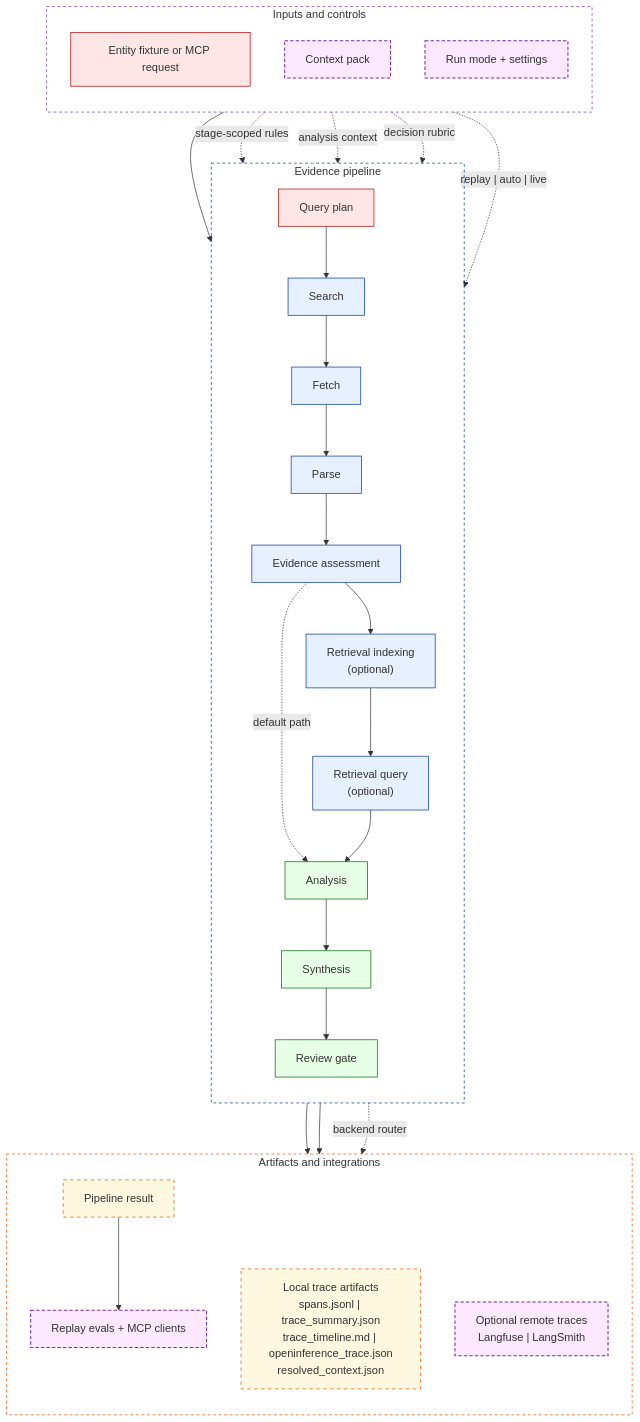
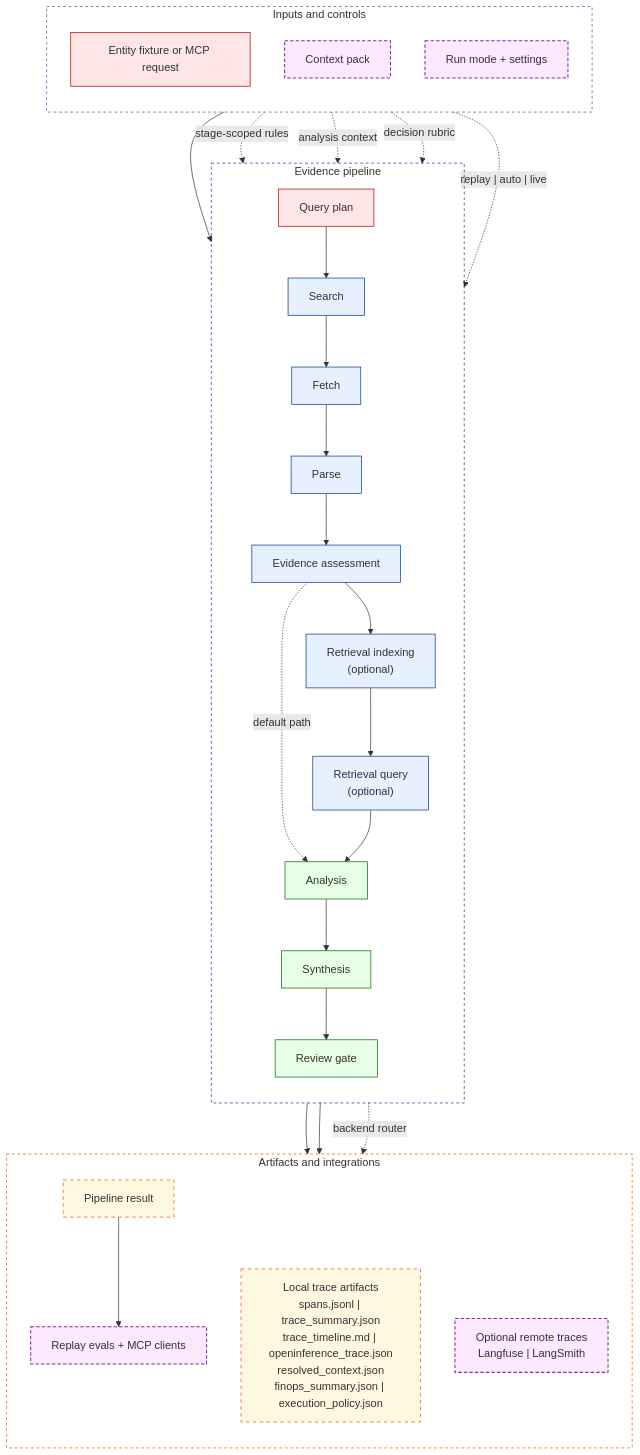
The diagram in README.md (tinnlo/evidence-enrichment-engine), drawn with Mermaid before and after one commit. The commit also changed other lines of this file and 1 other file, not shown here.

````diff
--- a/README.md
+++ b/README.md
@@ -20,56 +20,56 @@
 ```mermaid
 graph TD
 
 subgraph INPUTS["Inputs and controls"]
   direction TB
   E["Entity fixture or MCP request"]:::bronze
   C["Context pack"]:::external
   M["Run mode + settings"]:::external
 end
 
 subgraph PIPE["Evidence pipeline"]
   direction TB
   QP["Query plan"]:::bronze
   S["Search"]:::silver
   F["Fetch"]:::silver
   P["Parse"]:::silver
   EA["Evidence assessment"]:::silver
   RI["Retrieval indexing<br/>(optional)"]:::silver
   RQ["Retrieval query<br/>(optional)"]:::silver
   A["Analysis"]:::golden
   SY["Synthesis"]:::golden
   RG["Review gate"]:::golden
 end
 
 subgraph OUTPUTS["Artifacts and integrations"]
   direction TB
   O1["Pipeline result"]:::artifact
-  O2["Local trace artifacts<br/>spans.jsonl | trace_summary.json<br/>trace_timeline.md | openinference_trace.json<br/>resolved_context.json"]:::artifact
+  O2["Local trace artifacts<br/>spans.jsonl | trace_summary.json<br/>trace_timeline.md | openinference_trace.json<br/>resolved_context.json<br/>finops_summary.json | execution_policy.json"]:::artifact
   O3["Optional remote traces<br/>Langfuse | LangSmith"]:::external
   O4["Replay evals + MCP clients"]:::external
 end
 
 E --> QP
 C -. "stage-scoped rules" .-> QP
 C -. "analysis context" .-> A
 C -. "decision rubric" .-> RG
 M -. "replay | auto | live" .-> S
 QP --> S --> F --> P --> EA
 EA -. "default path" .-> A
 EA --> RI --> RQ --> A
 A --> SY --> RG
 RG --> O1
 RG --> O2
 RG -. "backend router" .-> O3
 O1 --> O4
 
 classDef bronze fill:#ffe6e6,stroke:#b30000,stroke-width:1px
 classDef silver fill:#e6f0ff,stroke:#003399,stroke-width:1px
 classDef golden fill:#e6ffe6,stroke:#006400,stroke-width:1px
 classDef external fill:#fce8ff,stroke:#7b2fa8,stroke-width:1.5px,stroke-dasharray:5 3
 classDef artifact fill:#fff8e1,stroke:#e65100,stroke-width:1px,stroke-dasharray:5 5
 
 style INPUTS fill:transparent,stroke:#7b2fa8,stroke-width:1px,stroke-dasharray:4 4
 style PIPE fill:transparent,stroke:#003399,stroke-width:1px,stroke-dasharray:4 4
 style OUTPUTS fill:transparent,stroke:#e65100,stroke-width:1px,stroke-dasharray:4 4
 ```
````
